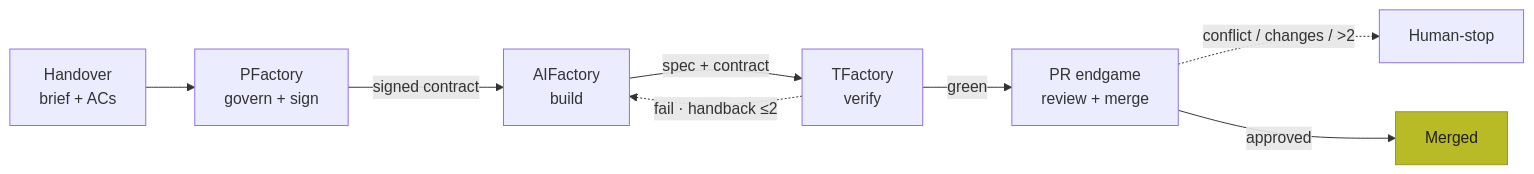
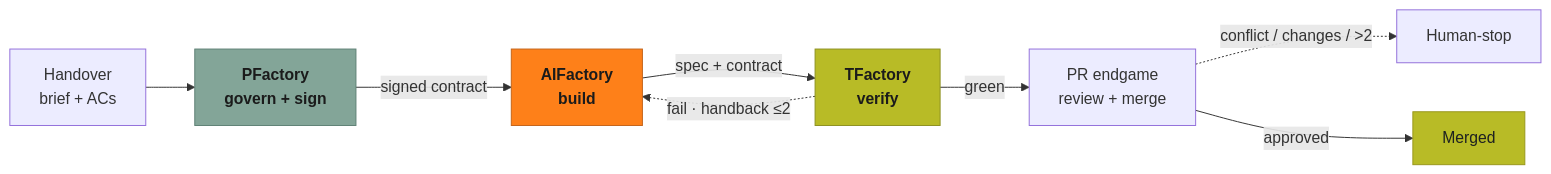
One commit to olafkfreund/Factory changed the diagram in docs/_posts/2026-06-11-the-guarded-parr-pipeline.md. Above: the diagram before and after it, drawn with Mermaid. The commit also changed 7 other files, not shown here.

First line of the commit message:
docs: colored Mermaid diagrams + flashier landing (#227)

```diff
--- a/docs/_posts/2026-06-11-the-guarded-parr-pipeline.md
+++ b/docs/_posts/2026-06-11-the-guarded-parr-pipeline.md
@@ -24,12 +24,19 @@
 <div class="mermaid">
 flowchart LR
     HO["Handover<br/>brief + ACs"] --> PF["PFactory<br/>govern + sign"]
     PF -->|"signed contract"| AF["AIFactory<br/>build"]
     AF -->|"spec + contract"| TF["TFactory<br/>verify"]
     TF -->|"green"| PR["PR endgame<br/>review + merge"]
     TF -. "fail · handback ≤2" .-> AF
     PR -. "conflict / changes / >2" .-> H["Human-stop"]
     PR -->|"approved"| M["Merged"]
     classDef g fill:#b8bb26,stroke:#98971a,color:#1d2021;
     class M g;
+    classDef pf fill:#83a598,stroke:#5f8175,color:#1b1b1b,font-weight:bold;
+    classDef af fill:#fe8019,stroke:#c4641a,color:#1b1b1b,font-weight:bold;
+    classDef tf fill:#b8bb26,stroke:#8d9020,color:#1b1b1b,font-weight:bold;
+    classDef cf fill:#fabd2f,stroke:#c69526,color:#1b1b1b,font-weight:bold;
+    class PF pf;
+    class AF af;
+    class TF tf;
 </div>
```
